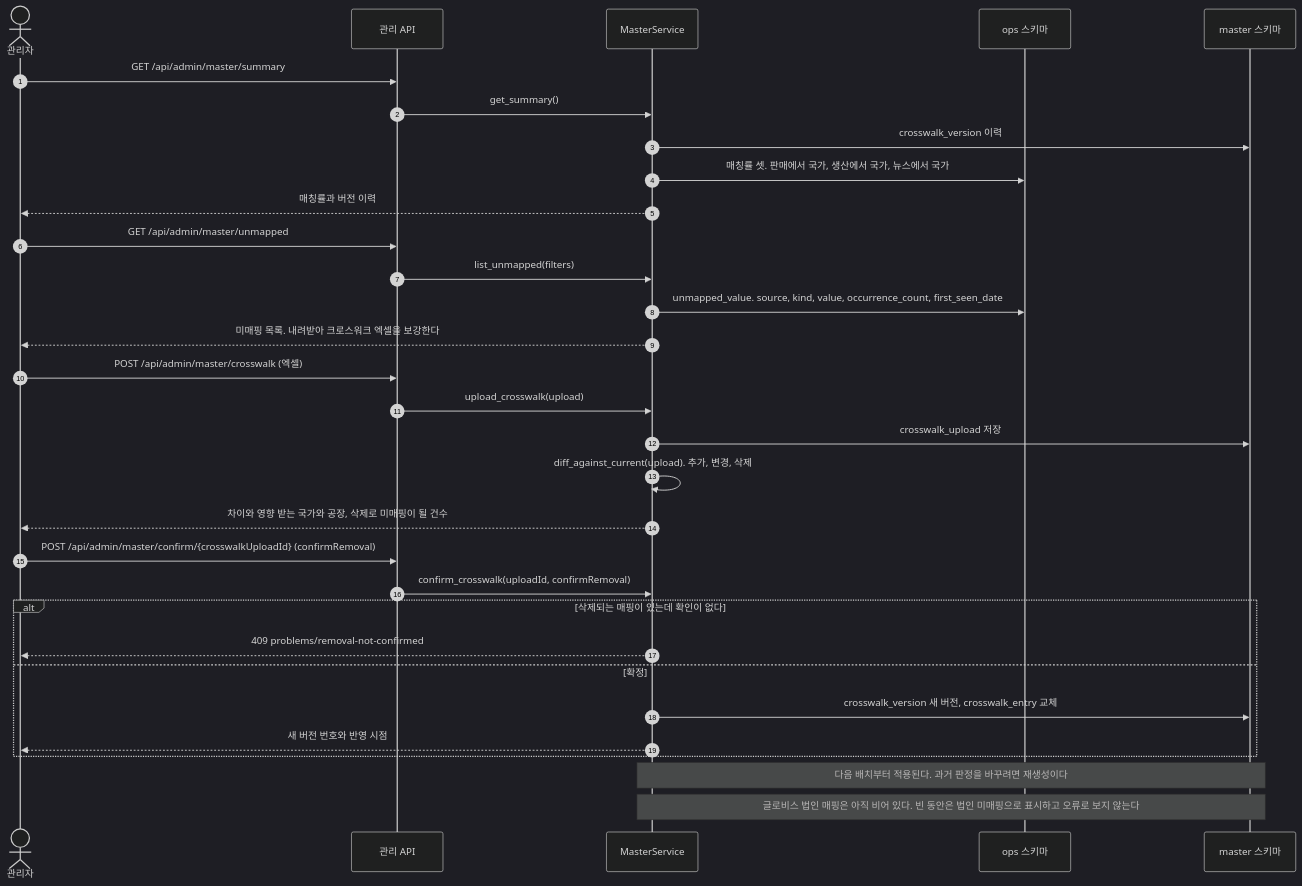
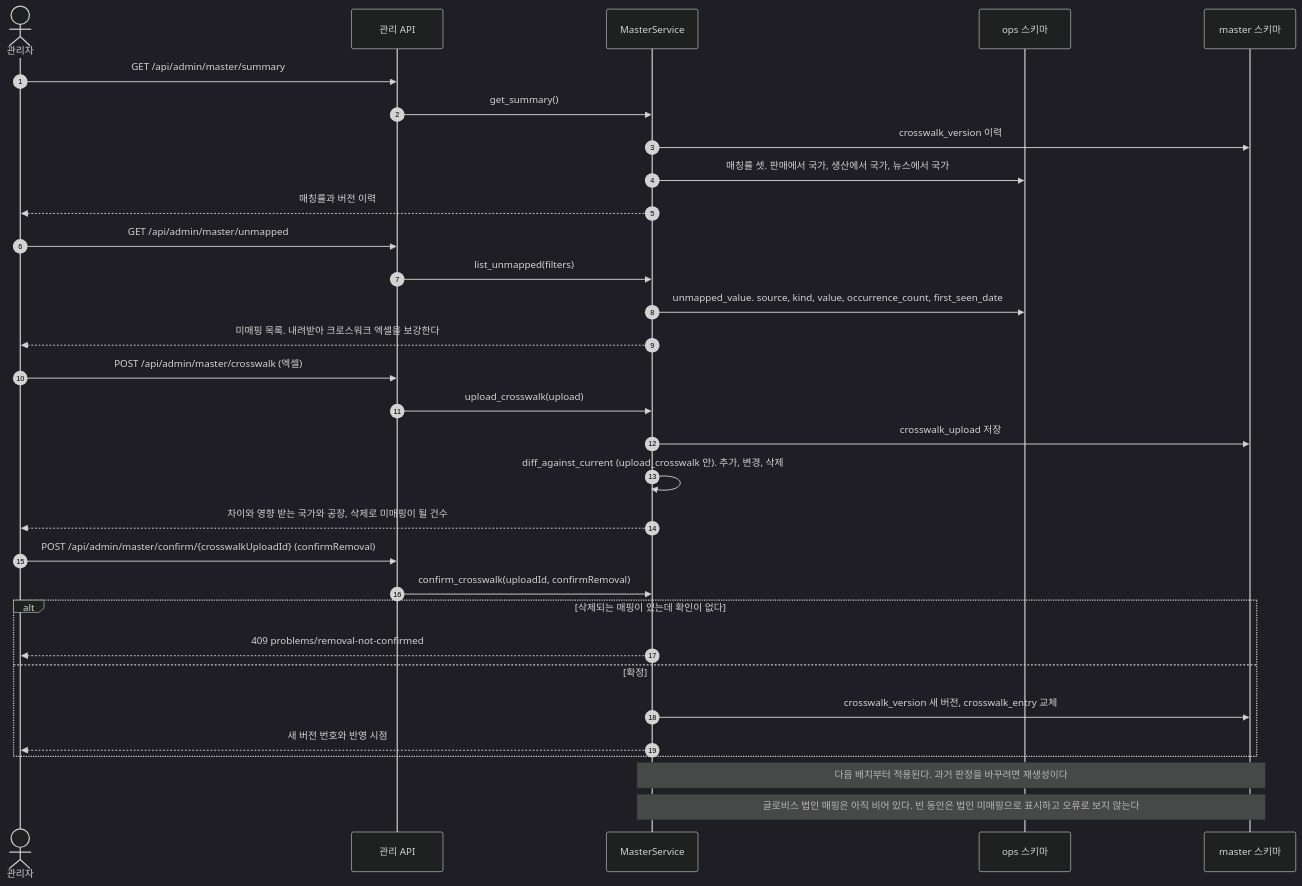
Before and after one commit to HoyoungParkme/tableau_platform: diagram 13 of 14 in docs/specs/09-SEQ/TBL-SEQ-001.md, drawn with Mermaid (dark theme). The commit also changed other lines of this file, not shown here.

````diff
--- a/docs/specs/09-SEQ/TBL-SEQ-001.md
+++ b/docs/specs/09-SEQ/TBL-SEQ-001.md
@@ -716,33 +763,33 @@
 ```mermaid
 sequenceDiagram
   autonumber
   actor ADM as 관리자
   participant API as 관리 API
   participant MST as MasterService
   participant DB_OPS as ops 스키마
   participant DB_MASTER as master 스키마
   ADM->>API: GET /api/admin/master/summary
   API->>MST: get_summary()
   MST->>DB_MASTER: crosswalk_version 이력
   MST->>DB_OPS: 매칭률 셋. 판매에서 국가, 생산에서 국가, 뉴스에서 국가
   MST-->>ADM: 매칭률과 버전 이력
   ADM->>API: GET /api/admin/master/unmapped
   API->>MST: list_unmapped(filters)
   MST->>DB_OPS: unmapped_value. source, kind, value, occurrence_count, first_seen_date
   MST-->>ADM: 미매핑 목록. 내려받아 크로스워크 엑셀을 보강한다
   ADM->>API: POST /api/admin/master/crosswalk (엑셀)
   API->>MST: upload_crosswalk(upload)
   MST->>DB_MASTER: crosswalk_upload 저장
-  MST->>MST: diff_against_current(upload). 추가, 변경, 삭제
+  MST->>MST: diff_against_current (upload_crosswalk 안). 추가, 변경, 삭제
   MST-->>ADM: 차이와 영향 받는 국가와 공장, 삭제로 미매핑이 될 건수
   ADM->>API: POST /api/admin/master/confirm/{crosswalkUploadId} (confirmRemoval)
   API->>MST: confirm_crosswalk(uploadId, confirmRemoval)
   alt 삭제되는 매핑이 있는데 확인이 없다
     MST-->>ADM: 409 problems/removal-not-confirmed
   else 확정
     MST->>DB_MASTER: crosswalk_version 새 버전, crosswalk_entry 교체
     MST-->>ADM: 새 버전 번호와 반영 시점
   end
   Note over MST,DB_MASTER: 다음 배치부터 적용된다. 과거 판정을 바꾸려면 재생성이다
   Note over MST,DB_MASTER: 글로비스 법인 매핑은 아직 비어 있다. 빈 동안은 법인 미매핑으로 표시하고 오류로 보지 않는다
 ```
````
